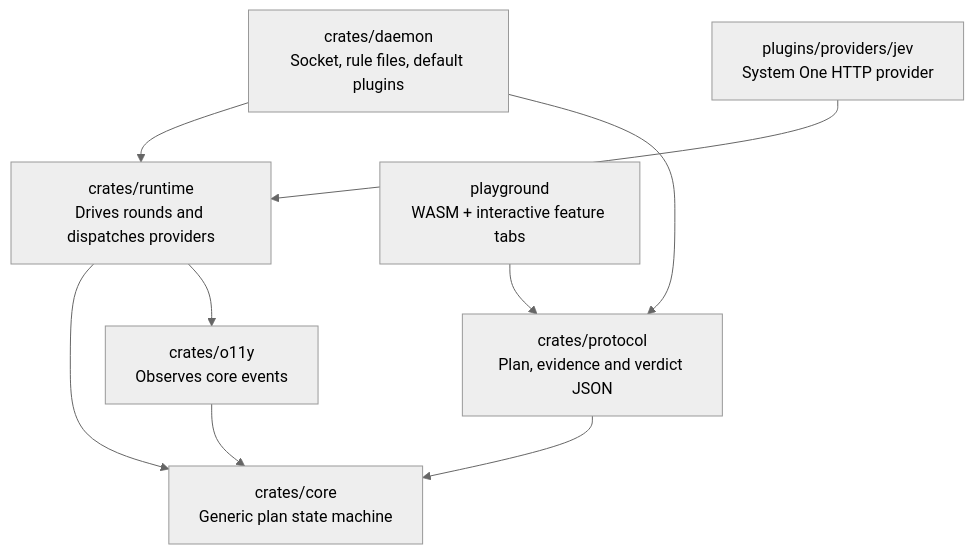
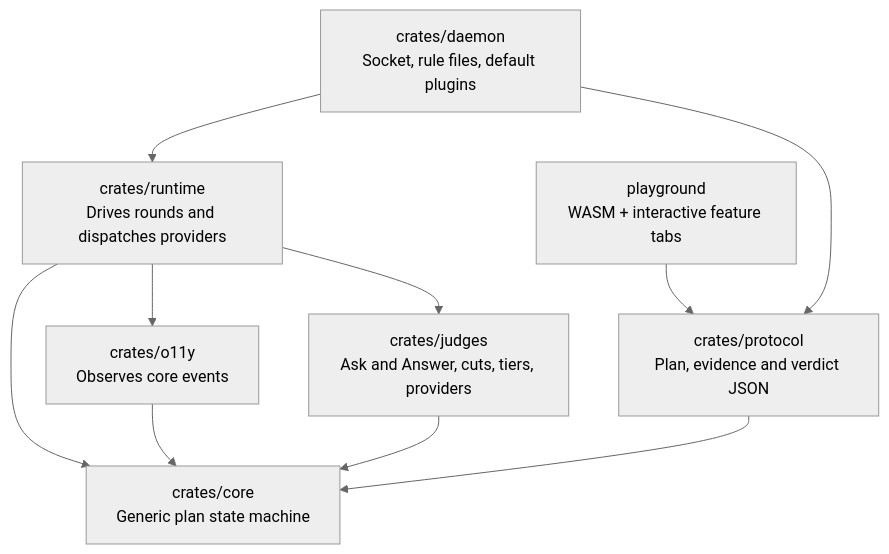
One commit to StevenJPx2/chauffeur changed the third of 7 diagrams in docs/plans/pluggability.md. Above: the diagram before and after it, drawn with Mermaid (neutral theme). The commit also changed other lines of this file and 1 other file, not shown here.

First line of the commit message:
docs(plans): judge tiers with one Ask/Answer contract; providers as configuration

````diff
--- a/docs/plans/pluggability.md
+++ b/docs/plans/pluggability.md
@@ -95,12 +96,13 @@
 ```mermaid
 flowchart TB
     Core["crates/core<br/>Generic plan state machine"]
     O11y["crates/o11y<br/>Observes core events"] --> Core
     Protocol["crates/protocol<br/>Plan, evidence and verdict JSON"] --> Core
     Runtime["crates/runtime<br/>Drives rounds and dispatches providers"] --> Core
     Runtime --> O11y
     Daemon["crates/daemon<br/>Socket, rule files, default plugins"] --> Runtime
     Daemon --> Protocol
-    Jev["plugins/providers/jev<br/>System One HTTP provider"] --> Runtime
+    Judges["crates/judges<br/>Ask and Answer, cuts, tiers, providers"] --> Core
+    Runtime --> Judges
     Playground["playground<br/>WASM + interactive feature tabs"] --> Protocol
 ```
````
